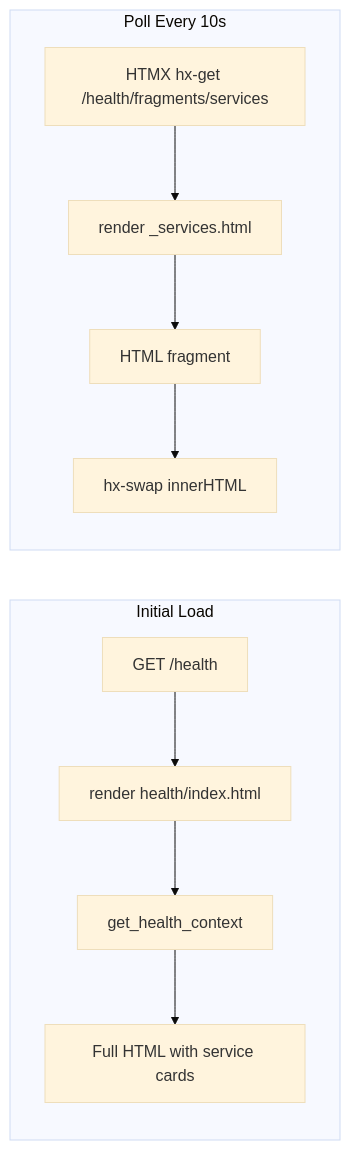
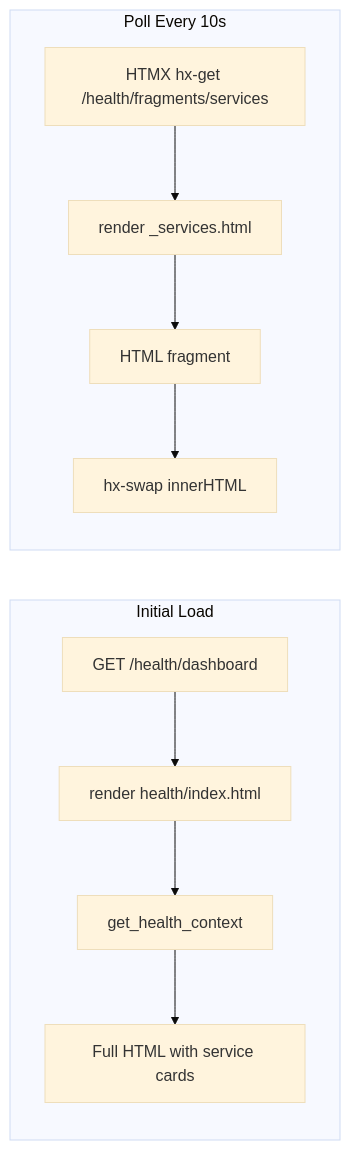
One commit to mikew686/ai-learn changed the second of 4 diagrams in mw2/src/app/docs/design.md. Above: the diagram before and after it, drawn with Mermaid (base theme). The commit also changed other lines of this file and 2 other files, not shown here.

````diff
--- a/mw2/src/app/docs/design.md
+++ b/mw2/src/app/docs/design.md
@@ -142,14 +176,14 @@
 ```mermaid
 flowchart LR
     subgraph initial [Initial Load]
-        A[GET /health] --> B[render health/index.html]
+        A[GET /health/dashboard] --> B[render health/index.html]
         B --> C[get_health_context]
         C --> D[Full HTML with service cards]
     end
 
     subgraph poll [Poll Every 10s]
         E[HTMX hx-get /health/fragments/services] --> F[render _services.html]
         F --> G[HTML fragment]
         G --> H[hx-swap innerHTML]
     end
 ```
````
